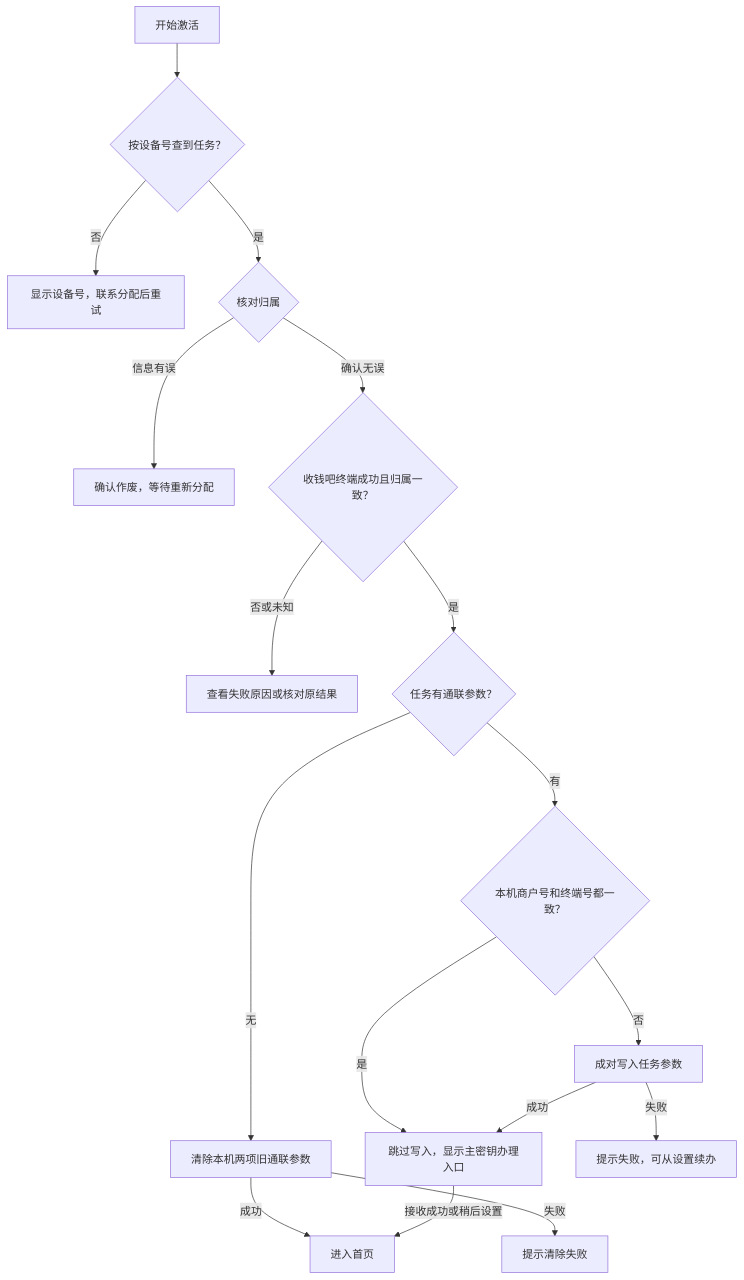
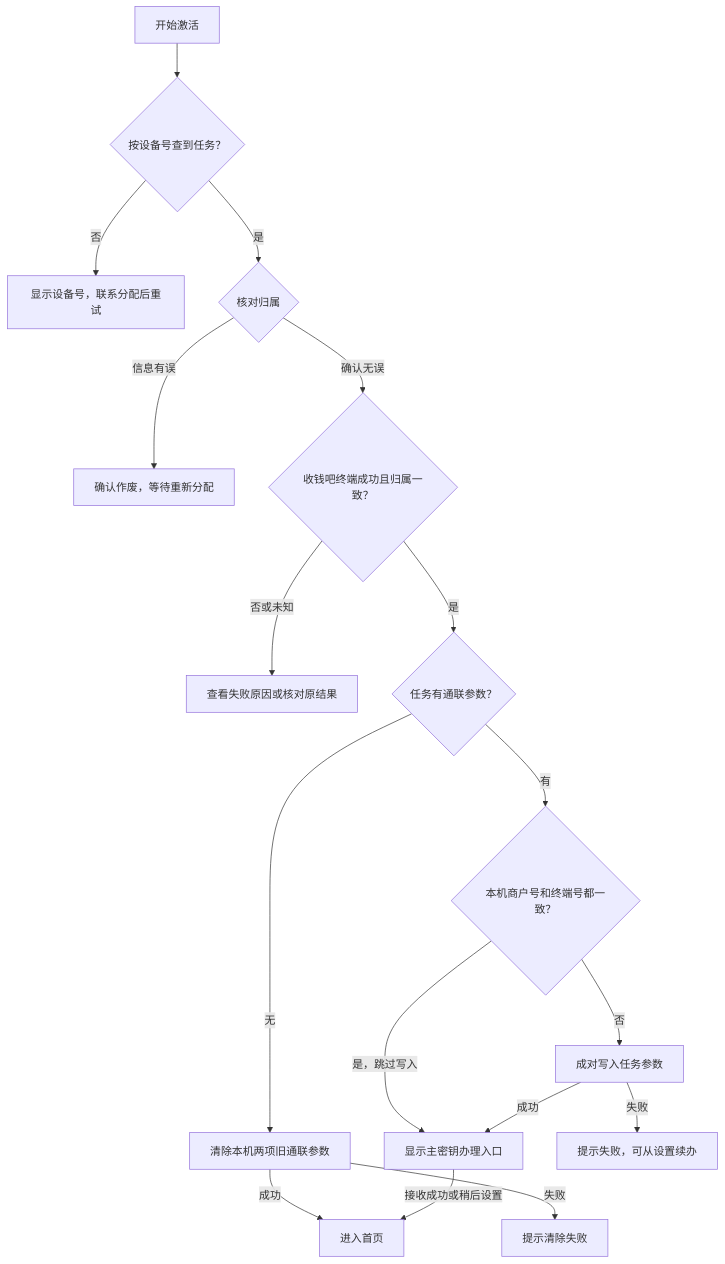
The first of 2 diagrams in docs/meta-pos-device-activation-prd.md (LCH6S/spa), drawn with Mermaid before and after one commit. The commit also changed other lines of this file, not shown here.

Commit message:
Clarify POS diagram write and skip branches

````diff
--- a/docs/meta-pos-device-activation-prd.md
+++ b/docs/meta-pos-device-activation-prd.md
@@ -329,19 +329,19 @@
 ```mermaid
 flowchart TD
     A["开始激活"] --> B{"按设备号查到任务？"}
     B -->|"否"| C["显示设备号，联系分配后重试"]
     B -->|"是"| D{"核对归属"}
     D -->|"信息有误"| E["确认作废，等待重新分配"]
     D -->|"确认无误"| F{"收钱吧终端成功且归属一致？"}
     F -->|"否或未知"| G["查看失败原因或核对原结果"]
     F -->|"是"| H{"任务有通联参数？"}
     H -->|"无"| I["清除本机两项旧通联参数"]
     I -->|"成功"| J["进入首页"]
     I -->|"失败"| K["提示清除失败"]
     H -->|"有"| L{"本机商户号和终端号都一致？"}
-    L -->|"是"| M["跳过写入，显示主密钥办理入口"]
+    L -->|"是，跳过写入"| M["显示主密钥办理入口"]
     L -->|"否"| N["成对写入任务参数"]
     N -->|"成功"| M
     N -->|"失败"| O["提示失败，可从设置续办"]
     M -->|"接收成功或稍后设置"| J
 ```
````
